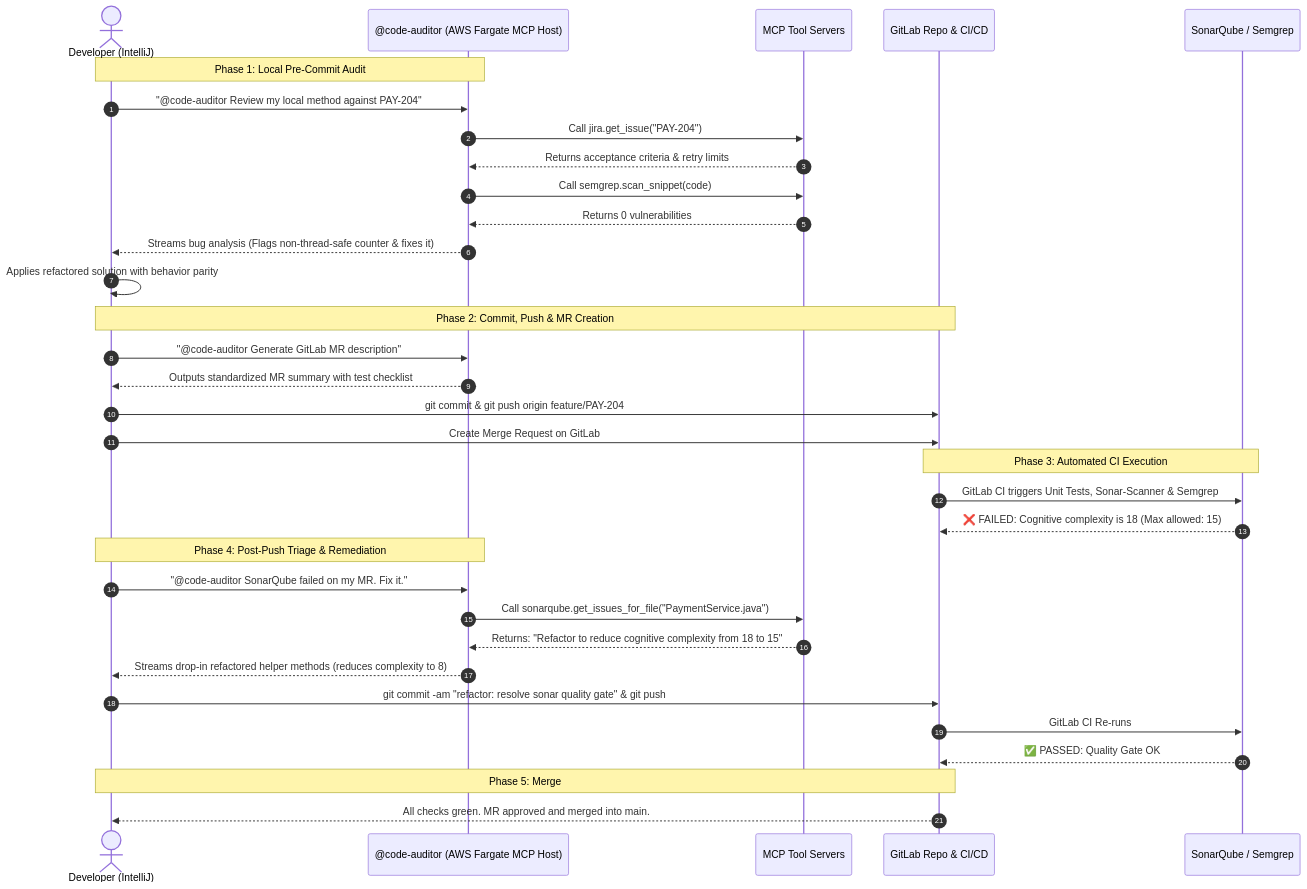
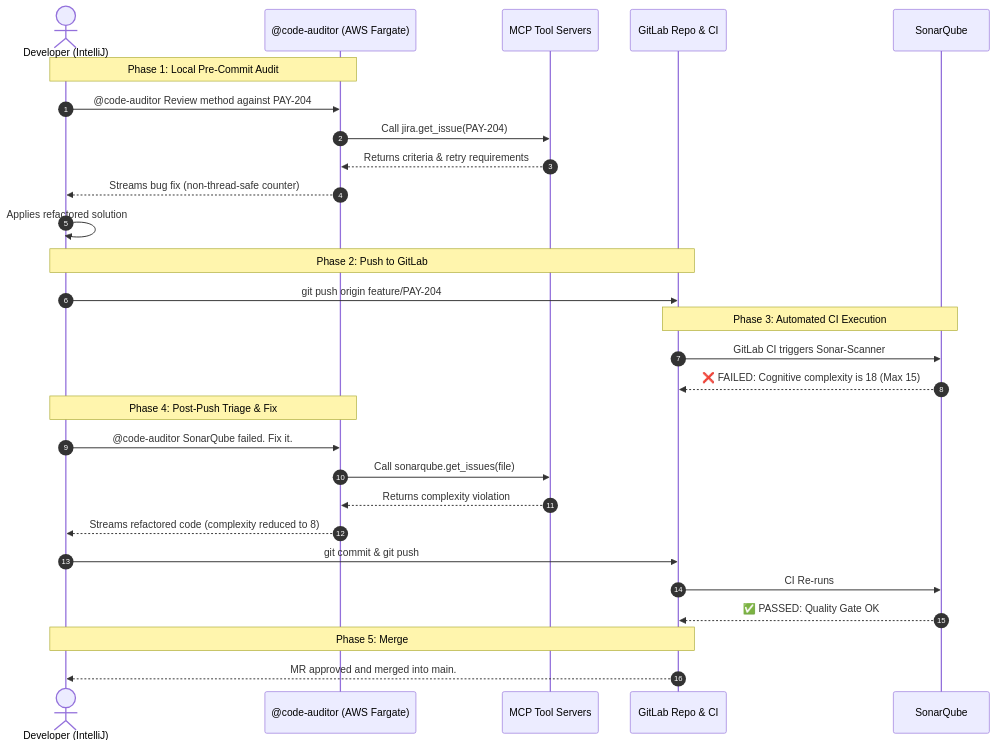
The second of 3 diagrams in ENTERPRISE_MCP_CODE_AUDITOR.md (AtulKumarKatiyar/secure-rag-assistant), drawn with Mermaid before and after one commit. The commit also changed other lines of this file, not shown here.

Commit message:
commit changes done by codex

````diff
--- a/ENTERPRISE_MCP_CODE_AUDITOR.md
+++ b/ENTERPRISE_MCP_CODE_AUDITOR.md
@@ -66,40 +135,35 @@
 ```mermaid
 sequenceDiagram
     autonumber
     actor Dev as Developer (IntelliJ)
-    participant Agent as @code-auditor (AWS Fargate MCP Host)
+    participant Agent as @code-auditor (AWS Fargate)
     participant MCP as MCP Tool Servers
-    participant GL as GitLab Repo & CI/CD
-    participant Sonar as SonarQube / Semgrep
+    participant GL as GitLab Repo & CI
+    participant Sonar as SonarQube
 
     Note over Dev, Agent: Phase 1: Local Pre-Commit Audit
-    Dev->>Agent: "@code-auditor Review my local method against PAY-204"
-    Agent->>MCP: Call jira.get_issue("PAY-204")
-    MCP-->>Agent: Returns acceptance criteria & retry limits
-    Agent->>MCP: Call semgrep.scan_snippet(code)
-    MCP-->>Agent: Returns 0 vulnerabilities
-    Agent-->>Dev: Streams bug analysis (Flags non-thread-safe counter & fixes it)
-    Dev->>Dev: Applies refactored solution with behavior parity
+    Dev->>Agent: @code-auditor Review method against PAY-204
+    Agent->>MCP: Call jira.get_issue(PAY-204)
+    MCP-->>Agent: Returns criteria & retry requirements
+    Agent-->>Dev: Streams bug fix (non-thread-safe counter)
+    Dev->>Dev: Applies refactored solution
 
-    Note over Dev, GL: Phase 2: Commit, Push & MR Creation
-    Dev->>Agent: "@code-auditor Generate GitLab MR description"
-    Agent-->>Dev: Outputs standardized MR summary with test checklist
-    Dev->>GL: git commit & git push origin feature/PAY-204
-    Dev->>GL: Create Merge Request on GitLab
+    Note over Dev, GL: Phase 2: Push to GitLab
+    Dev->>GL: git push origin feature/PAY-204
 
     Note over GL, Sonar: Phase 3: Automated CI Execution
-    GL->>Sonar: GitLab CI triggers Unit Tests, Sonar-Scanner & Semgrep
-    Sonar-->>GL: ❌ FAILED: Cognitive complexity is 18 (Max allowed: 15)
+    GL->>Sonar: GitLab CI triggers Sonar-Scanner
+    Sonar-->>GL: ❌ FAILED: Cognitive complexity is 18 (Max 15)
 
-    Note over Dev, Agent: Phase 4: Post-Push Triage & Remediation
-    Dev->>Agent: "@code-auditor SonarQube failed on my MR. Fix it."
-    Agent->>MCP: Call sonarqube.get_issues_for_file("PaymentService.java")
-    MCP-->>Agent: Returns: "Refactor to reduce cognitive complexity from 18 to 15"
-    Agent-->>Dev: Streams drop-in refactored helper methods (reduces complexity to 8)
-    Dev->>GL: git commit -am "refactor: resolve sonar quality gate" & git push
-    GL->>Sonar: GitLab CI Re-runs
+    Note over Dev, Agent: Phase 4: Post-Push Triage & Fix
+    Dev->>Agent: @code-auditor SonarQube failed. Fix it.
+    Agent->>MCP: Call sonarqube.get_issues(file)
+    MCP-->>Agent: Returns complexity violation
+    Agent-->>Dev: Streams refactored code (complexity reduced to 8)
+    Dev->>GL: git commit & git push
+    GL->>Sonar: CI Re-runs
     Sonar-->>GL: ✅ PASSED: Quality Gate OK
 
     Note over Dev, GL: Phase 5: Merge
-    GL-->>Dev: All checks green. MR approved and merged into main.
+    GL-->>Dev: MR approved and merged into main.
 ```
````
